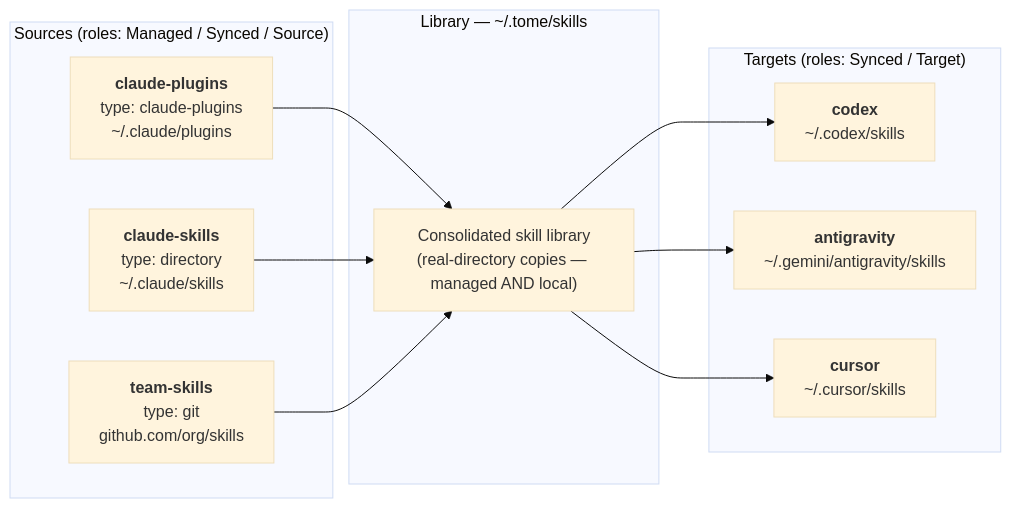
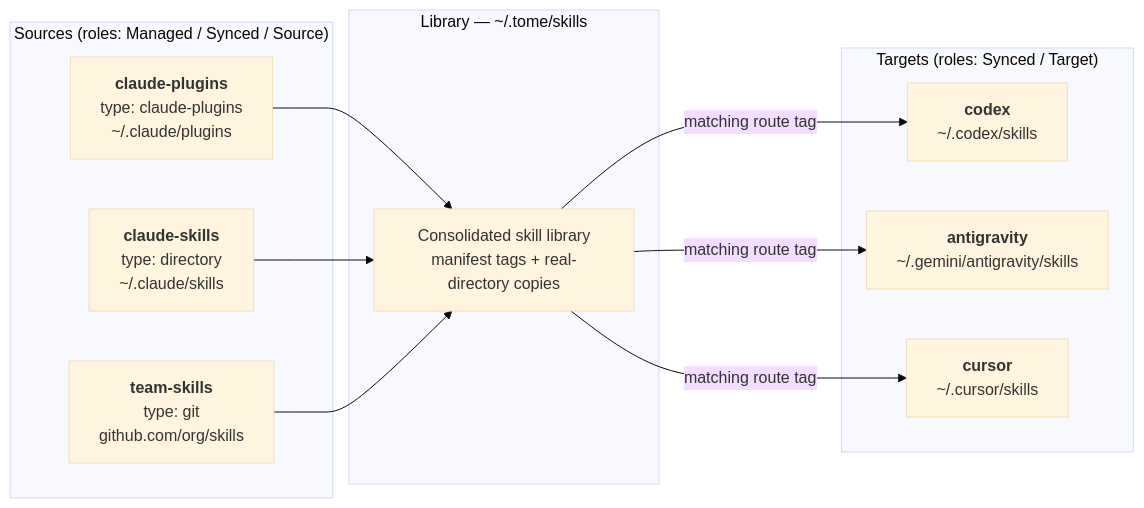
Before and after one commit to MartinP7r/tome: the diagram in docs/src/introduction.md, drawn with Mermaid (base theme). The commit also changed other lines of this file and 58 other files, not shown here.

````diff
--- a/docs/src/introduction.md
+++ b/docs/src/introduction.md
@@ -39,25 +47,25 @@
 ```mermaid
 graph LR
     subgraph Sources["Sources (roles: Managed / Synced / Source)"]
         S1["<b>claude-plugins</b><br/>type: claude-plugins<br/>~/.claude/plugins"]
         S2["<b>claude-skills</b><br/>type: directory<br/>~/.claude/skills"]
         S3["<b>team-skills</b><br/>type: git<br/>github.com/org/skills"]
     end
 
     subgraph Library["Library — ~/.tome/skills"]
-        L["Consolidated skill library<br/>(real-directory copies — managed AND local)"]
+        L["Consolidated skill library<br/>manifest tags + real-directory copies"]
     end
 
     subgraph Targets["Targets (roles: Synced / Target)"]
         T1["<b>codex</b><br/>~/.codex/skills"]
         T2["<b>antigravity</b><br/>~/.gemini/antigravity/skills"]
         T3["<b>cursor</b><br/>~/.cursor/skills"]
     end
 
     S1 --> L
     S2 --> L
     S3 --> L
-    L --> T1
-    L --> T2
-    L --> T3
+    L -->|"matching route tag"| T1
+    L -->|"matching route tag"| T2
+    L -->|"matching route tag"| T3
 ```
````
